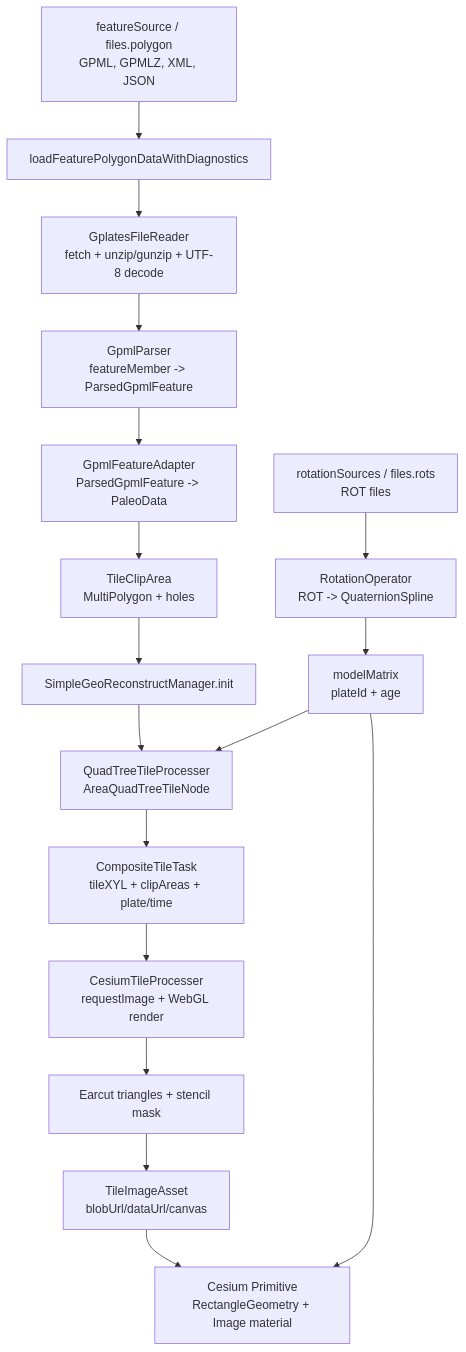
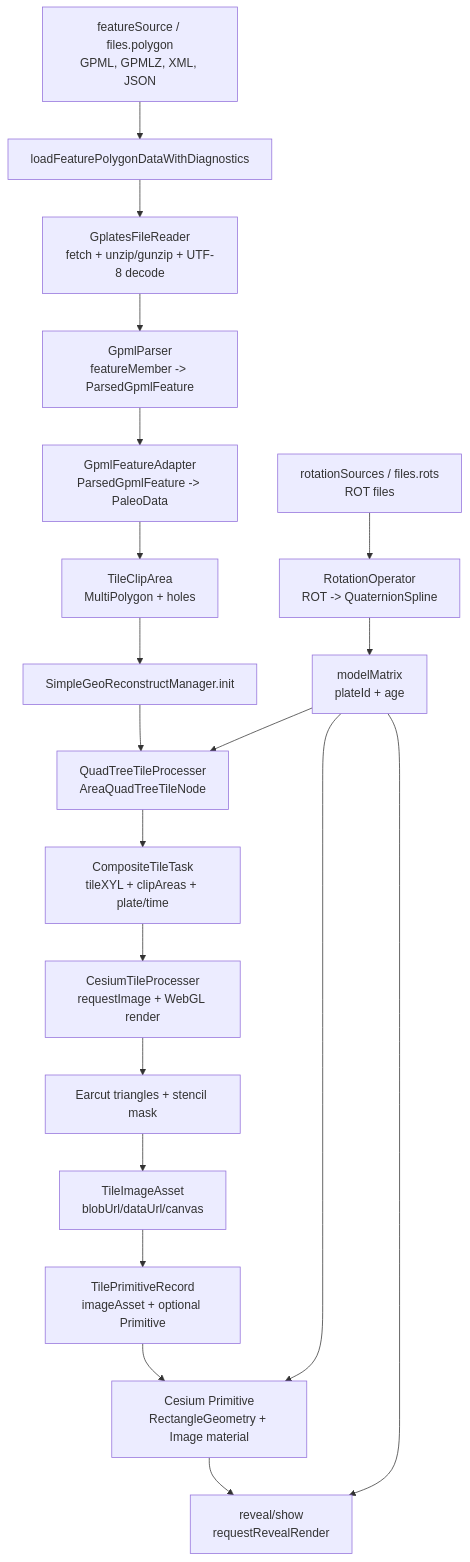
Before and after one commit to Computational-Planet/reconstructable-tile-layer: the diagram in packages/simple-geo-reconstruct/docs/paleo-reconstruction-data-flow.md, drawn with Mermaid. The commit also changed other lines of this file, not shown here.

````diff
--- a/packages/simple-geo-reconstruct/docs/paleo-reconstruction-data-flow.md
+++ b/packages/simple-geo-reconstruct/docs/paleo-reconstruction-data-flow.md
@@ -7,37 +7,42 @@
 ```mermaid
 flowchart TD
   FeatureSource["featureSource / files.polygon<br/>GPML, GPMLZ, XML, JSON"]
   RotationSource["rotationSources / files.rots<br/>ROT files"]
   Loader["loadFeaturePolygonDataWithDiagnostics"]
   Reader["GplatesFileReader<br/>fetch + unzip/gunzip + UTF-8 decode"]
   Parser["GpmlParser<br/>featureMember -> ParsedGpmlFeature"]
   Adapter["GpmlFeatureAdapter<br/>ParsedGpmlFeature -> PaleoData"]
   ClipArea["TileClipArea<br/>MultiPolygon + holes"]
   Manager["SimpleGeoReconstructManager.init"]
   QuadTree["QuadTreeTileProcesser<br/>AreaQuadTreeTileNode"]
   TileTasks["CompositeTileTask<br/>tileXYL + clipAreas + plate/time"]
   TileProcessor["CesiumTileProcesser<br/>requestImage + WebGL render"]
   Mask["Earcut triangles + stencil mask"]
   Asset["TileImageAsset<br/>blobUrl/dataUrl/canvas"]
+  Record["TilePrimitiveRecord<br/>imageAsset + optional Primitive"]
   Primitive["Cesium Primitive<br/>RectangleGeometry + Image material"]
+  Reveal["reveal/show<br/>requestRevealRender"]
   Rotation["RotationOperator<br/>ROT -> QuaternionSpline"]
   Matrix["modelMatrix<br/>plateId + age"]
 
   FeatureSource --> Loader
   Loader --> Reader
   Reader --> Parser
   Parser --> Adapter
   Adapter --> ClipArea
   ClipArea --> Manager
   Manager --> QuadTree
   QuadTree --> TileTasks
   TileTasks --> TileProcessor
   TileProcessor --> Mask
   Mask --> Asset
-  Asset --> Primitive
+  Asset --> Record
+  Record --> Primitive
+  Primitive --> Reveal
 
   RotationSource --> Rotation
   Rotation --> Matrix
   Matrix --> QuadTree
   Matrix --> Primitive
+  Matrix --> Reveal
 ```
````
